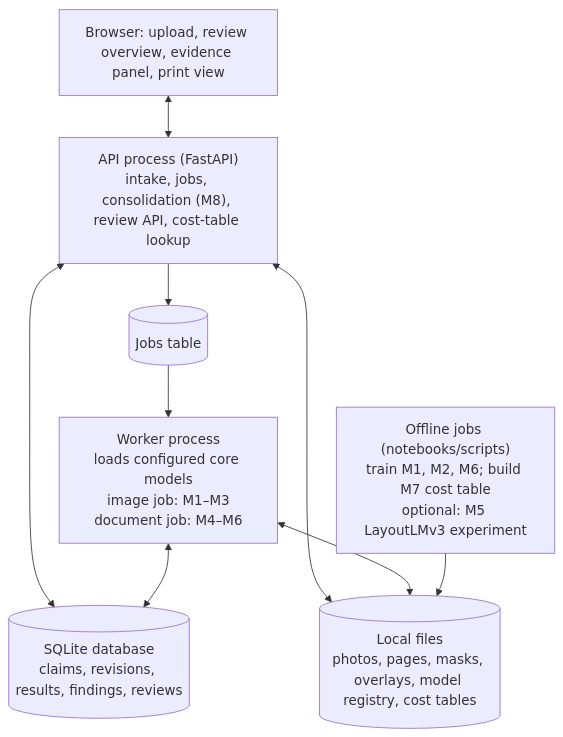
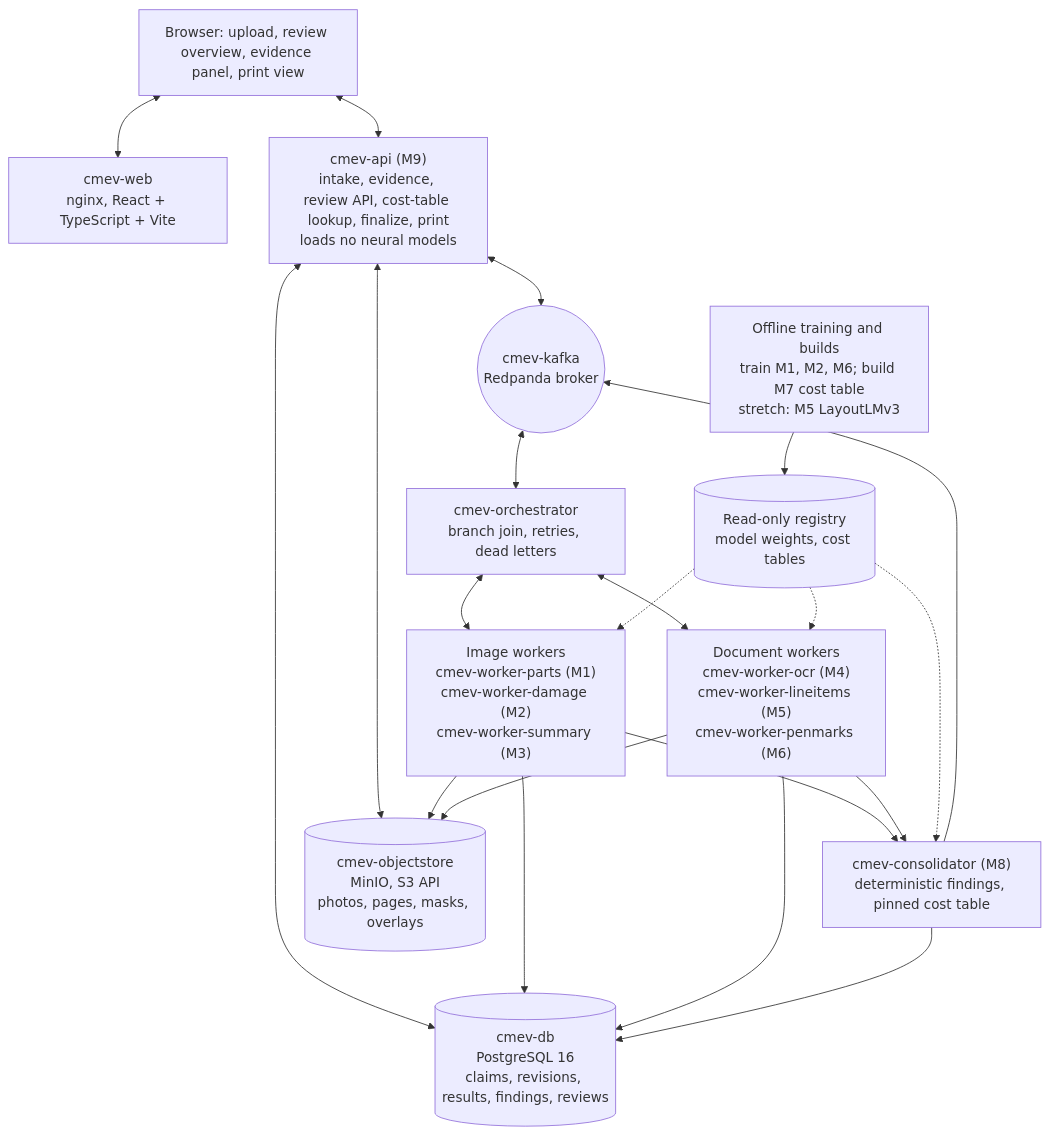
One commit to RodelFMiguel/CLAIM-CMEV changed the fourth of 5 diagrams in docs/CLAIM-CMEV_project_proposal_v2.md. Above: the diagram before and after it, drawn with Mermaid. The commit also changed other lines of this file and 1 other file, not shown here.

````diff
--- a/docs/CLAIM-CMEV_project_proposal_v2.md
+++ b/docs/CLAIM-CMEV_project_proposal_v2.md
@@ -360,11 +360,23 @@
 ```mermaid
 flowchart TD
-    UI["Browser: upload, review overview, evidence panel, print view"] <--> API["API process (FastAPI)<br/>intake, jobs, consolidation (M8), review API, cost-table lookup"]
-    API --> JOBS[("Jobs table")]
-    JOBS --> WK["Worker process<br/>loads configured core models<br/>image job: M1–M3<br/>document job: M4–M6"]
-    API <--> DB[("SQLite database<br/>claims, revisions, results, findings, reviews")]
-    WK <--> DB
-    API <--> FS[("Local files<br/>photos, pages, masks, overlays, model registry, cost tables")]
-    WK <--> FS
-    OFF["Offline jobs (notebooks/scripts)<br/>train M1, M2, M6; build M7 cost table<br/>optional: M5 LayoutLMv3 experiment"] --> FS
+    UI["Browser: upload, review overview, evidence panel, print view"] <--> WEB["cmev-web<br/>nginx, React + TypeScript + Vite"]
+    UI <--> API["cmev-api (M9)<br/>intake, evidence, review API, cost-table lookup, finalize, print<br/>loads no neural models"]
+    API <--> K(("cmev-kafka<br/>Redpanda broker"))
+    K <--> ORCH["cmev-orchestrator<br/>branch join, retries, dead letters"]
+    ORCH <--> WI["Image workers<br/>cmev-worker-parts (M1)<br/>cmev-worker-damage (M2)<br/>cmev-worker-summary (M3)"]
+    ORCH <--> WD["Document workers<br/>cmev-worker-ocr (M4)<br/>cmev-worker-lineitems (M5)<br/>cmev-worker-penmarks (M6)"]
+    WI --> CON["cmev-consolidator (M8)<br/>deterministic findings, pinned cost table"]
+    WD --> CON
+    CON --> K
+    API <--> DB[("cmev-db<br/>PostgreSQL 16<br/>claims, revisions, results, findings, reviews")]
+    WI --> DB
+    WD --> DB
+    CON --> DB
+    API <--> OS[("cmev-objectstore<br/>MinIO, S3 API<br/>photos, pages, masks, overlays")]
+    WI --> OS
+    WD --> OS
+    OFF["Offline training and builds<br/>train M1, M2, M6; build M7 cost table<br/>stretch: M5 LayoutLMv3"] --> REG[("Read-only registry<br/>model weights, cost tables")]
+    REG -.-> WI
+    REG -.-> WD
+    REG -.-> CON
 ```
````
